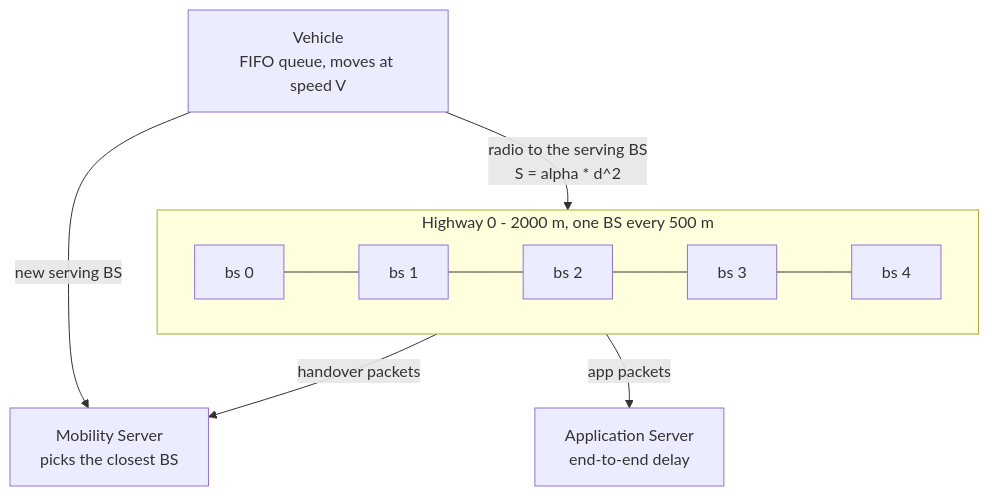
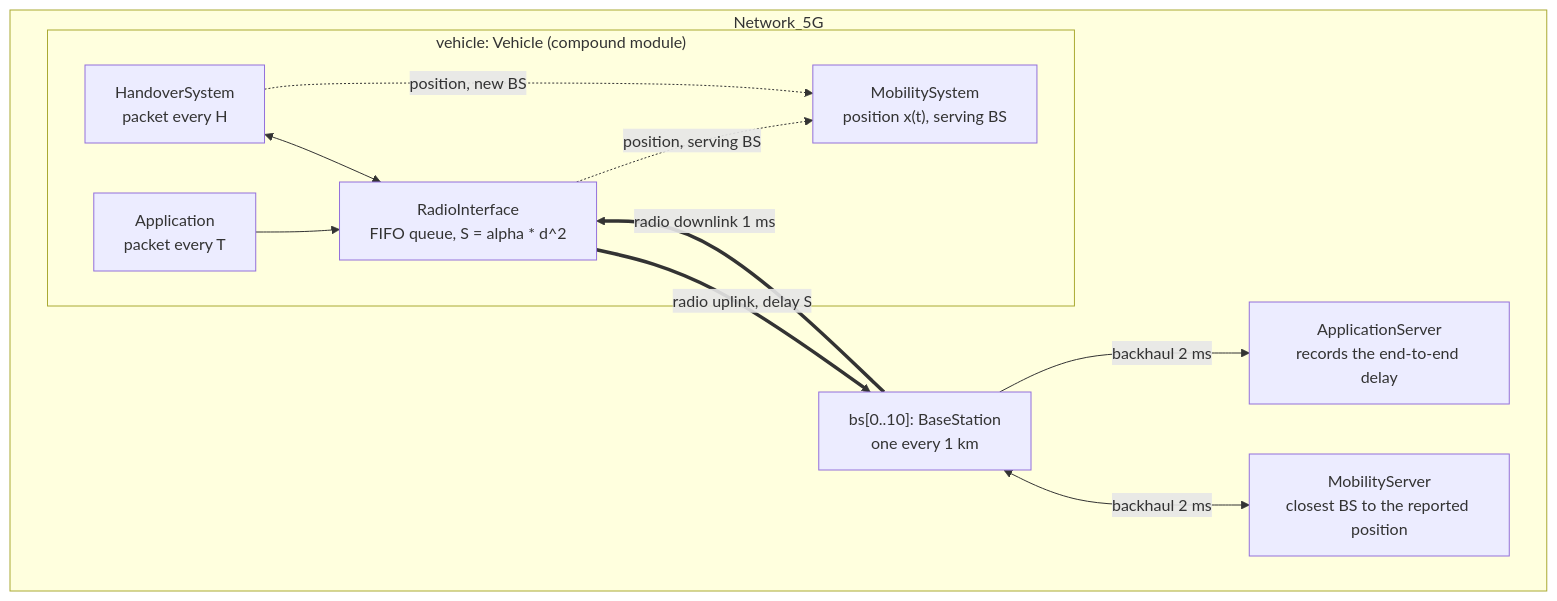
One commit to Milko0/5G-Vehicle changed the first of 2 diagrams in README.md. Above: the diagram before and after it, drawn with Mermaid. The commit also changed other lines of this file and 49 other files, not shown here.

````diff
--- a/README.md
+++ b/README.md
@@ -12,15 +13,22 @@
 ```mermaid
 flowchart TB
-    V["Vehicle<br/>FIFO queue, moves at speed V"]
-    subgraph HW["Highway 0 - 2000 m, one BS every 500 m"]
-        direction LR
-        BS0["bs 0"] --- BS1["bs 1"] --- BS2["bs 2"] --- BS3["bs 3"] --- BS4["bs 4"]
+    subgraph NET["Network_5G"]
+        AS["ApplicationServer<br/>records the end-to-end delay"]
+        MS["MobilityServer<br/>closest BS to the reported position"]
+        BS["bs[0..10]: BaseStation<br/>one every 1 km"]
+        subgraph V["vehicle: Vehicle (compound module)"]
+            APP["Application<br/>packet every T"]
+            HO["HandoverSystem<br/>packet every H"]
+            RI["RadioInterface<br/>FIFO queue, S = alpha * d^2"]
+            MOB["MobilitySystem<br/>position x(t), serving BS"]
+        end
     end
-    AS["Application Server<br/>end-to-end delay"]
-    MS["Mobility Server<br/>picks the closest BS"]
-
-    V -- "radio to the serving BS<br/>S = alpha * d^2" --> HW
-    HW -- "app packets" --> AS
-    HW -- "handover packets" --> MS
-    V <-. "new serving BS" .- MS
+    APP --> RI
+    HO <--> RI
+    RI -. "position, serving BS" .-> MOB
+    HO -. "position, new BS" .-> MOB
+    RI == "radio uplink, delay S" ==> BS
+    BS -- "backhaul 2 ms" --> AS
+    BS <-->|backhaul 2 ms| MS
+    BS == "radio downlink 1 ms" ==> RI
 ```
````
